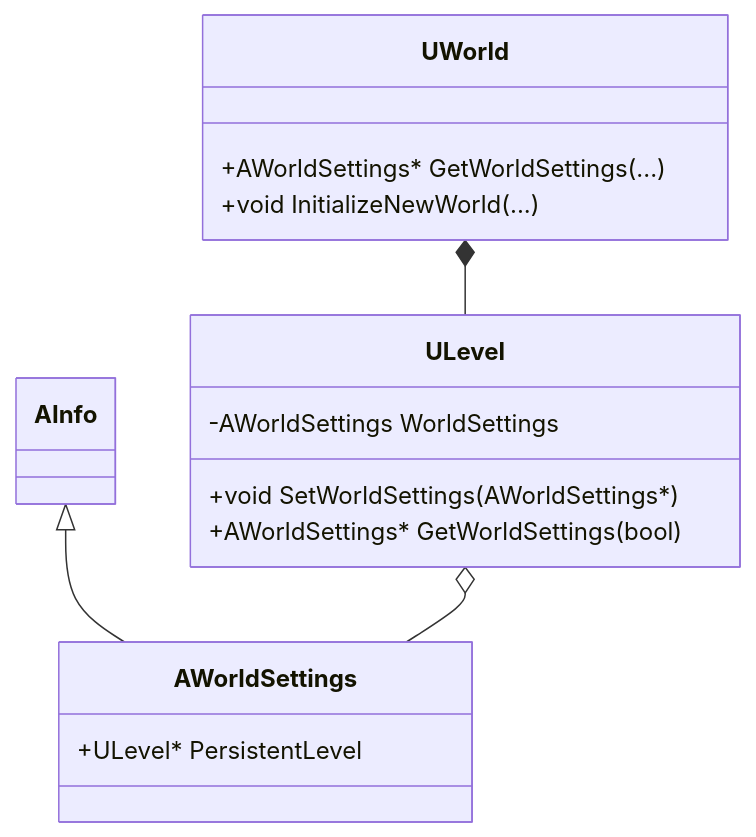
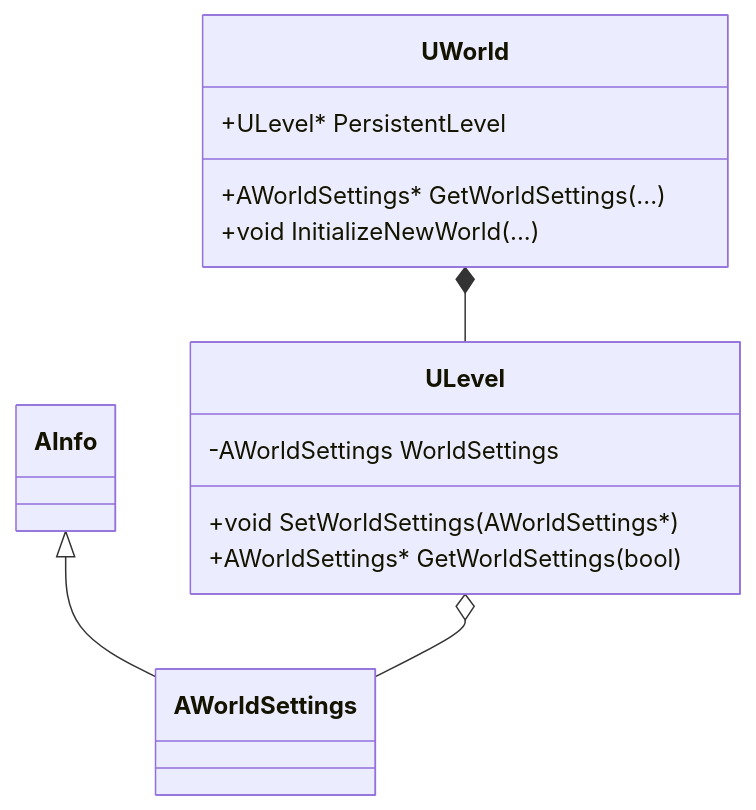
Before and after one commit to LiPlus123/Notes-on-UE5: the fifth of 8 diagrams in gameplay/game_world_and_gameplay.md, drawn with Mermaid. The commit also changed 9 other files, not shown here.

````diff
--- a/gameplay/game_world_and_gameplay.md
+++ b/gameplay/game_world_and_gameplay.md
@@ -229,19 +229,18 @@
 ```mermaid
 classDiagram
     AInfo <|-- AWorldSettings
     UWorld *-- ULevel
     ULevel o-- AWorldSettings
-    class AWorldSettings {
-        +ULevel* PersistentLevel
-    }
 
     class UWorld {
+        +ULevel* PersistentLevel
         +AWorldSettings* GetWorldSettings(...)
         +void InitializeNewWorld(...)
     }
+    
     class ULevel {
         -AWorldSettings WorldSettings
         +void SetWorldSettings(AWorldSettings*)
         +AWorldSettings* GetWorldSettings(bool)
     }
 ```
````
